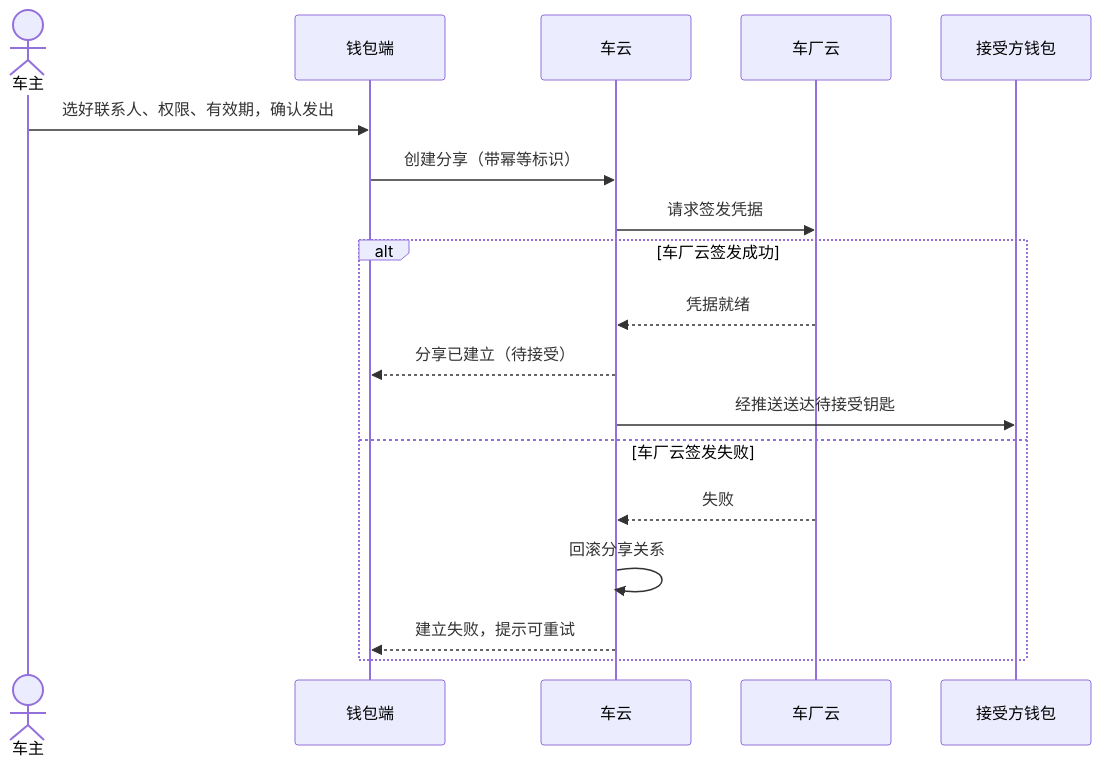
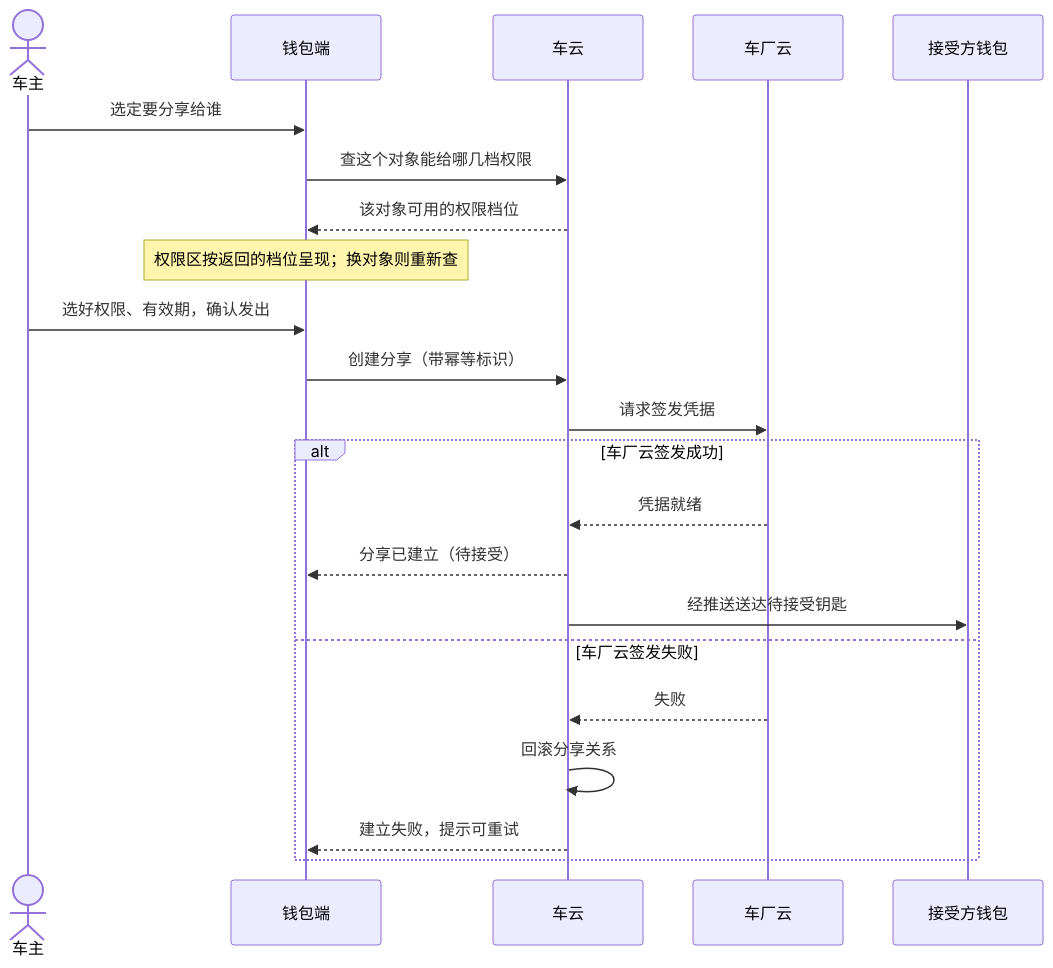
Before and after one commit to sqsqsq/SimulatedWalletForHmos: the first of 2 diagrams in test/story/cases/car-key-sharing/workspace/SR/design.md, drawn with Mermaid. The commit also changed other lines of this file and 5 other files, not shown here.

````diff
--- a/test/story/cases/car-key-sharing/workspace/SR/design.md
+++ b/test/story/cases/car-key-sharing/workspace/SR/design.md
@@ -22,20 +22,24 @@
 ```mermaid
 sequenceDiagram
     actor O as 车主
     participant W as 钱包端
     participant C as 车云
     participant M as 车厂云
     participant G as 接受方钱包
-    O->>W: 选好联系人、权限、有效期，确认发出
+    O->>W: 选定要分享给谁
+    W->>C: 查这个对象能给哪几档权限
+    C-->>W: 该对象可用的权限档位
+    Note over W: 权限区按返回的档位呈现；换对象则重新查
+    O->>W: 选好权限、有效期，确认发出
     W->>C: 创建分享（带幂等标识）
     C->>M: 请求签发凭据
     alt 车厂云签发成功
       M-->>C: 凭据就绪
       C-->>W: 分享已建立（待接受）
       C->>G: 经推送送达待接受钥匙
     else 车厂云签发失败
       M-->>C: 失败
       C->>C: 回滚分享关系
       C-->>W: 建立失败，提示可重试
     end
 ```
````
